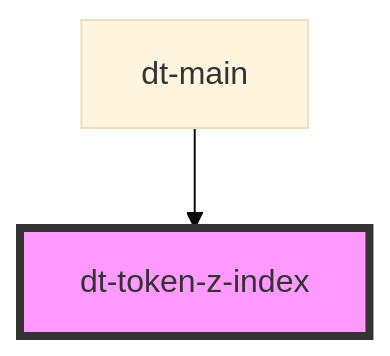
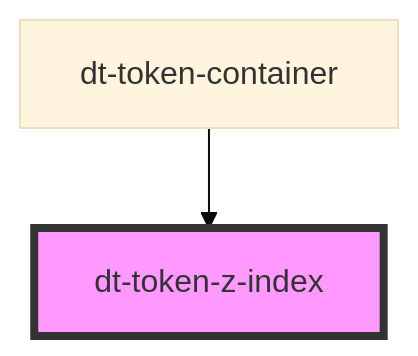
The diagram in src/components/token-z-index/readme.md (genexuslabs/design-tokens-editor), drawn with Mermaid (base theme) before and after one commit. The commit also changed other lines of this file and 33 other files, not shown here.

Commit message:
finish token-container code

````diff
--- a/src/components/token-z-index/readme.md
+++ b/src/components/token-z-index/readme.md
@@ -22,5 +22,5 @@
 ```mermaid
 graph TD;
-  dt-main --> dt-token-z-index
+  dt-token-container --> dt-token-z-index
   style dt-token-z-index fill:#f9f,stroke:#333,stroke-width:4px
 ```
````
